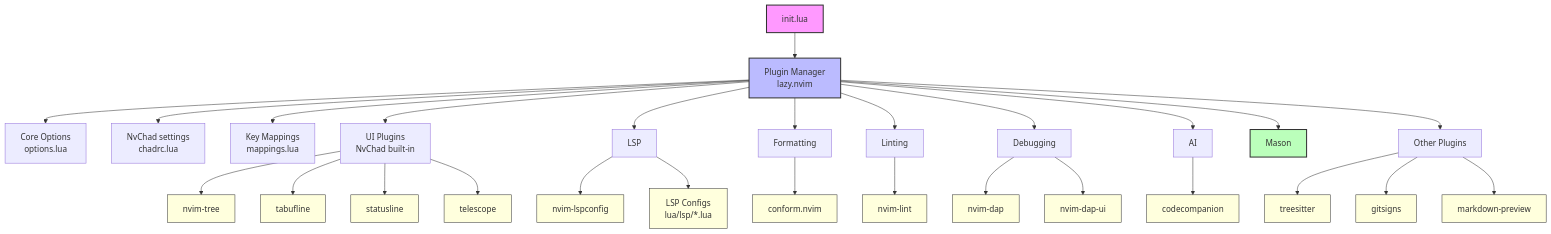
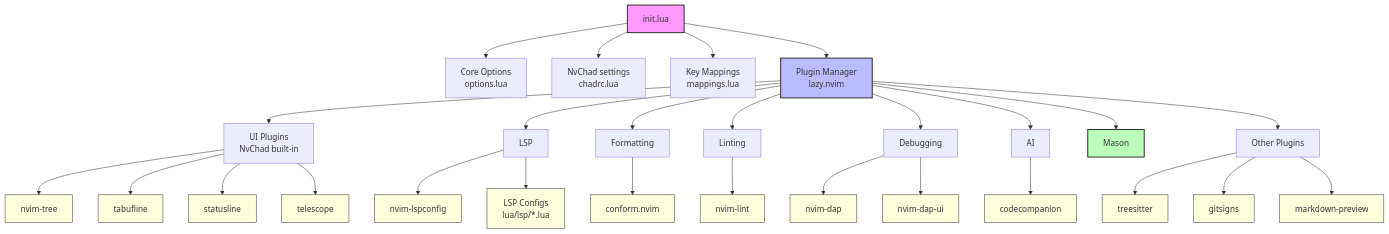
The diagram in _posts/2026-01-01-nvmegachad.md (le4ker/blog), drawn with Mermaid before and after one commit.

Commit message:
update post

````diff
--- a/_posts/2026-01-01-nvmegachad.md
+++ b/_posts/2026-01-01-nvmegachad.md
@@ -74,55 +74,55 @@
 ```mermaid!
 flowchart TD
-    A[init.lua] --> B[Plugin Manager<br/>lazy.nvim]
+    A[init.lua] --> C[Core Options<br/>options.lua]
+    A --> C1[NvChad settings<br/>chadrc.lua]
+    A --> D[Key Mappings<br/>mappings.lua]
+    A --> B[Plugin Manager<br/>lazy.nvim]
 
-    B --> C[Core Options<br/>options.lua]
-    B --> C1[NvChad settings<br/>chadrc.lua]
-    B --> D[Key Mappings<br/>mappings.lua]
     B --> E[UI Plugins<br/>NvChad built-in]
 
     E --> E1[nvim-tree]
     E --> E2[tabufline]
     E --> E3[statusline]
     E --> E4[telescope]
 
     B --> F[LSP]
     B --> G[Formatting]
     B --> Q[Linting]
     B --> H[Debugging]
     B --> I[AI]
     B --> P[Mason]
     B --> R[Other Plugins]
 
     F --> K[nvim-lspconfig]
     F --> J[LSP Configs<br/>lua/lsp/*.lua]
 
     G --> L[conform.nvim]
     Q --> M[nvim-lint]
 
     H --> N[nvim-dap]
     H --> O[nvim-dap-ui]
 
     I --> I1[codecompanion]
 
     R --> R1[treesitter]
     R --> R2[gitsigns]
     R --> R3[markdown-preview]
 
     style A fill:#f9f,stroke:#333,stroke-width:2px
     style B fill:#bbf,stroke:#333,stroke-width:2px
     style P fill:#bfb,stroke:#333,stroke-width:2px
     style E1 fill:#ffd,stroke:#333
     style E2 fill:#ffd,stroke:#333
     style E3 fill:#ffd,stroke:#333
     style E4 fill:#ffd,stroke:#333
     style J fill:#ffd,stroke:#333
     style K fill:#ffd,stroke:#333
     style L fill:#ffd,stroke:#333
     style M fill:#ffd,stroke:#333
     style N fill:#ffd,stroke:#333
     style O fill:#ffd,stroke:#333
     style I1 fill:#ffd,stroke:#333
     style R1 fill:#ffd,stroke:#333
     style R2 fill:#ffd,stroke:#333
     style R3 fill:#ffd,stroke:#333
 ```
````
